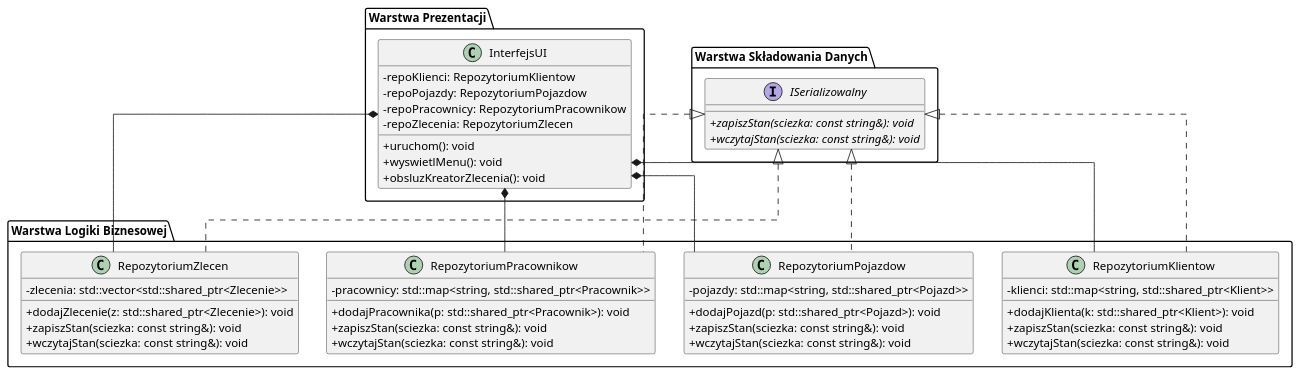
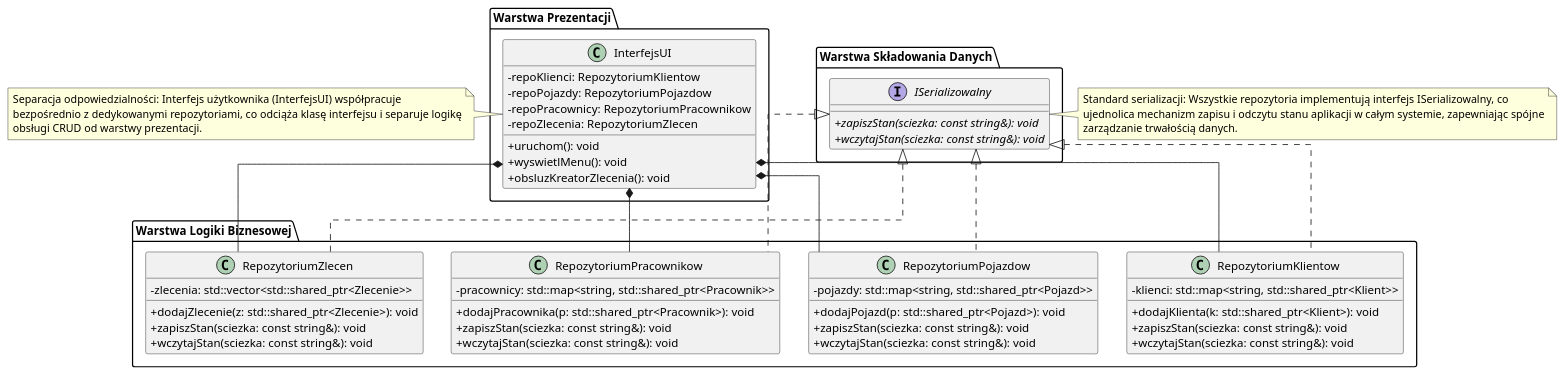
One commit to michalszutkiewicz/TransportCompany changed the diagram in Diagramy UML/Architektura główna i interfejs użytkownika.puml. Above: the diagram before and after it, drawn with PlantUML. The commit also changed 7 other files, not shown here.

```diff
--- a/Diagramy UML/Architektura główna i interfejs użytkownika.puml
+++ b/Diagramy UML/Architektura główna i interfejs użytkownika.puml
@@ -1,63 +1,74 @@
 @startuml
 skinparam classAttributeIconSize 0
 skinparam linetype ortho
 
 package "Warstwa Prezentacji" {
     class InterfejsUI {
         - repoKlienci: RepozytoriumKlientow
         - repoPojazdy: RepozytoriumPojazdow
         - repoPracownicy: RepozytoriumPracownikow
         - repoZlecenia: RepozytoriumZlecen
         + uruchom(): void
         + wyswietlMenu(): void
         + obsluzKreatorZlecenia(): void
     }
 }
 
 package "Warstwa Składowania Danych" {
     interface ISerializowalny {
         + {abstract} zapiszStan(sciezka: const string&): void
         + {abstract} wczytajStan(sciezka: const string&): void
     }
 }
 
 package "Warstwa Logiki Biznesowej" {
     class RepozytoriumKlientow {
         - klienci: std::map<string, std::shared_ptr<Klient>>
         + dodajKlienta(k: std::shared_ptr<Klient>): void
         + zapiszStan(sciezka: const string&): void
         + wczytajStan(sciezka: const string&): void
     }
 
     class RepozytoriumPojazdow {
         - pojazdy: std::map<string, std::shared_ptr<Pojazd>>
         + dodajPojazd(p: std::shared_ptr<Pojazd>): void
         + zapiszStan(sciezka: const string&): void
         + wczytajStan(sciezka: const string&): void
     }
 
     class RepozytoriumPracownikow {
         - pracownicy: std::map<string, std::shared_ptr<Pracownik>>
         + dodajPracownika(p: std::shared_ptr<Pracownik>): void
         + zapiszStan(sciezka: const string&): void
         + wczytajStan(sciezka: const string&): void
     }
 
     class RepozytoriumZlecen {
         - zlecenia: std::vector<std::shared_ptr<Zlecenie>>
         + dodajZlecenie(z: std::shared_ptr<Zlecenie>): void
         + zapiszStan(sciezka: const string&): void
         + wczytajStan(sciezka: const string&): void
     }
 }
 
 ISerializowalny <|.. RepozytoriumKlientow
 ISerializowalny <|.. RepozytoriumPojazdow
 ISerializowalny <|.. RepozytoriumPracownikow
 ISerializowalny <|.. RepozytoriumZlecen
 
 InterfejsUI *-- RepozytoriumKlientow
 InterfejsUI *-- RepozytoriumPojazdow
 InterfejsUI *-- RepozytoriumPracownikow
 InterfejsUI *-- RepozytoriumZlecen
+
+    note left of InterfejsUI
+      Separacja odpowiedzialności: Interfejs użytkownika (InterfejsUI) współpracuje
+      bezpośrednio z dedykowanymi repozytoriami, co odciąża klasę interfejsu i separuje logikę
+      obsługi CRUD od warstwy prezentacji.
+    end note
+    note left of ISerializowalny
+       Standard serializacji: Wszystkie repozytoria implementują interfejs ISerializowalny, co
+       ujednolica mechanizm zapisu i odczytu stanu aplikacji w całym systemie, zapewniając spójne
+       zarządzanie trwałością danych.
+    end note
 @enduml
```
